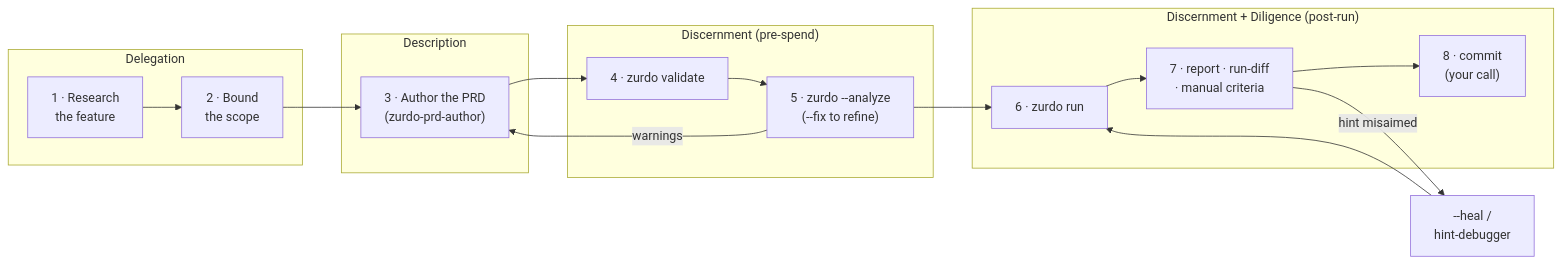
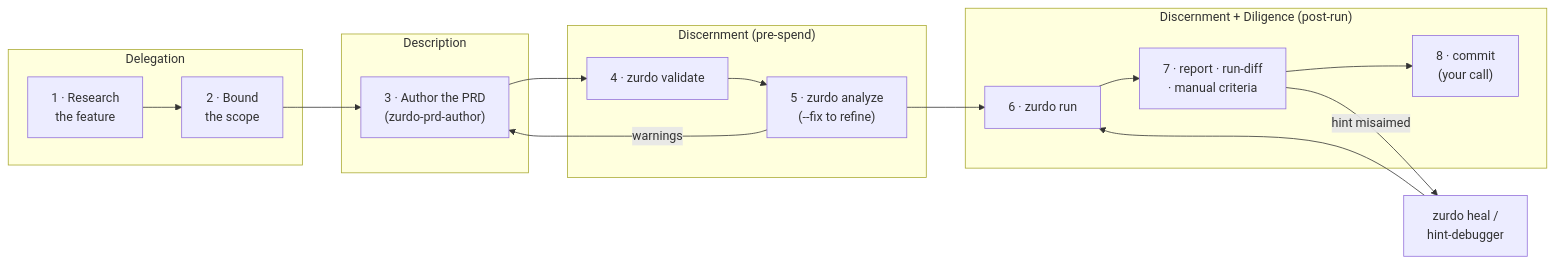
One commit to NumeronAI/zurdo.github.io changed the diagram in docs/effective-use.md. Above: the diagram before and after it, drawn with Mermaid. The commit also changed other lines of this file and 13 other files, not shown here.

````diff
--- a/docs/effective-use.md
+++ b/docs/effective-use.md
@@ -30,20 +30,20 @@
 ```mermaid
 flowchart LR
     subgraph D1 ["Delegation"]
         RESEARCH["1 · Research<br/>the feature"] --> SCOPE["2 · Bound<br/>the scope"]
     end
     subgraph D2 ["Description"]
         SCOPE --> AUTHOR["3 · Author the PRD<br/>(zurdo-prd-author)"]
     end
     subgraph D3 ["Discernment (pre-spend)"]
         AUTHOR --> VALIDATE["4 · zurdo validate"]
-        VALIDATE --> ANALYZE["5 · zurdo --analyze<br/>(--fix to refine)"]
+        VALIDATE --> ANALYZE["5 · zurdo analyze<br/>(--fix to refine)"]
         ANALYZE -->|warnings| AUTHOR
     end
     ANALYZE --> RUN["6 · zurdo run"]
     subgraph D4 ["Discernment + Diligence (post-run)"]
         RUN --> REVIEW["7 · report · run-diff<br/>· manual criteria"]
         REVIEW --> SHIP["8 · commit<br/>(your call)"]
     end
-    REVIEW -->|hint misaimed| HEAL["--heal /<br/>hint-debugger"] --> RUN
+    REVIEW -->|hint misaimed| HEAL["zurdo heal /<br/>hint-debugger"] --> RUN
 ```
````
